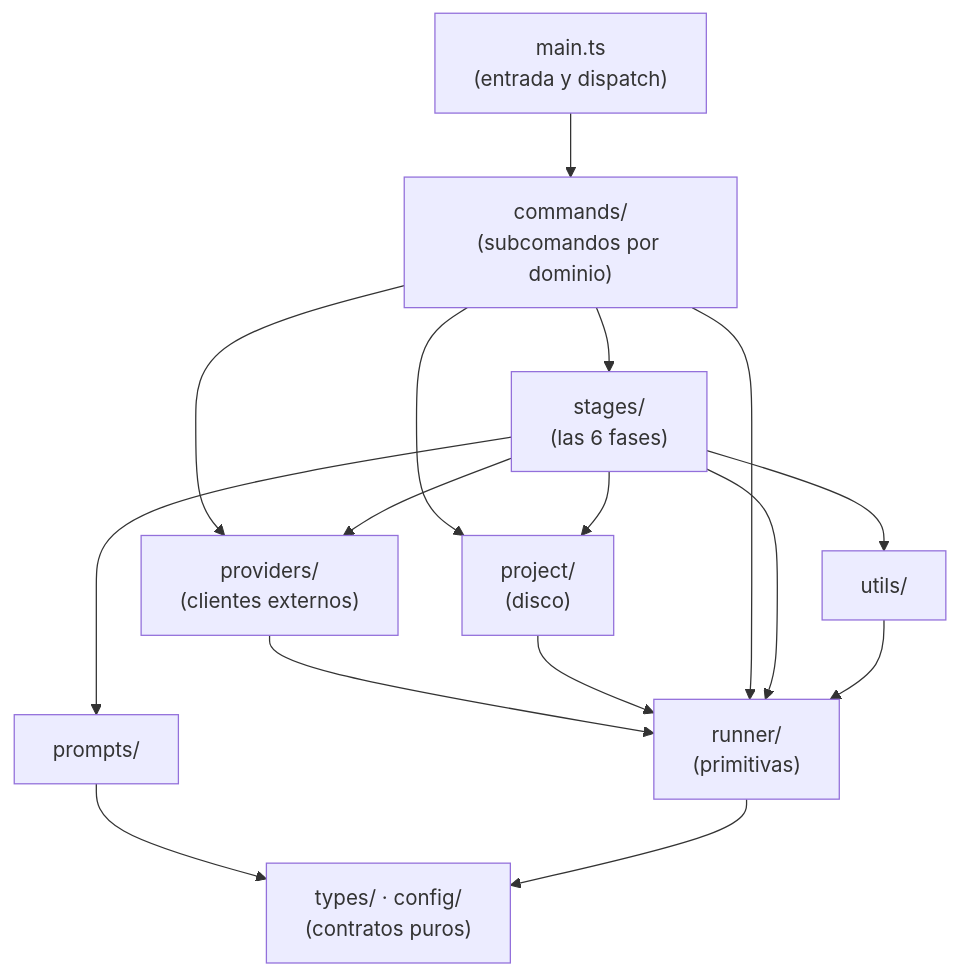
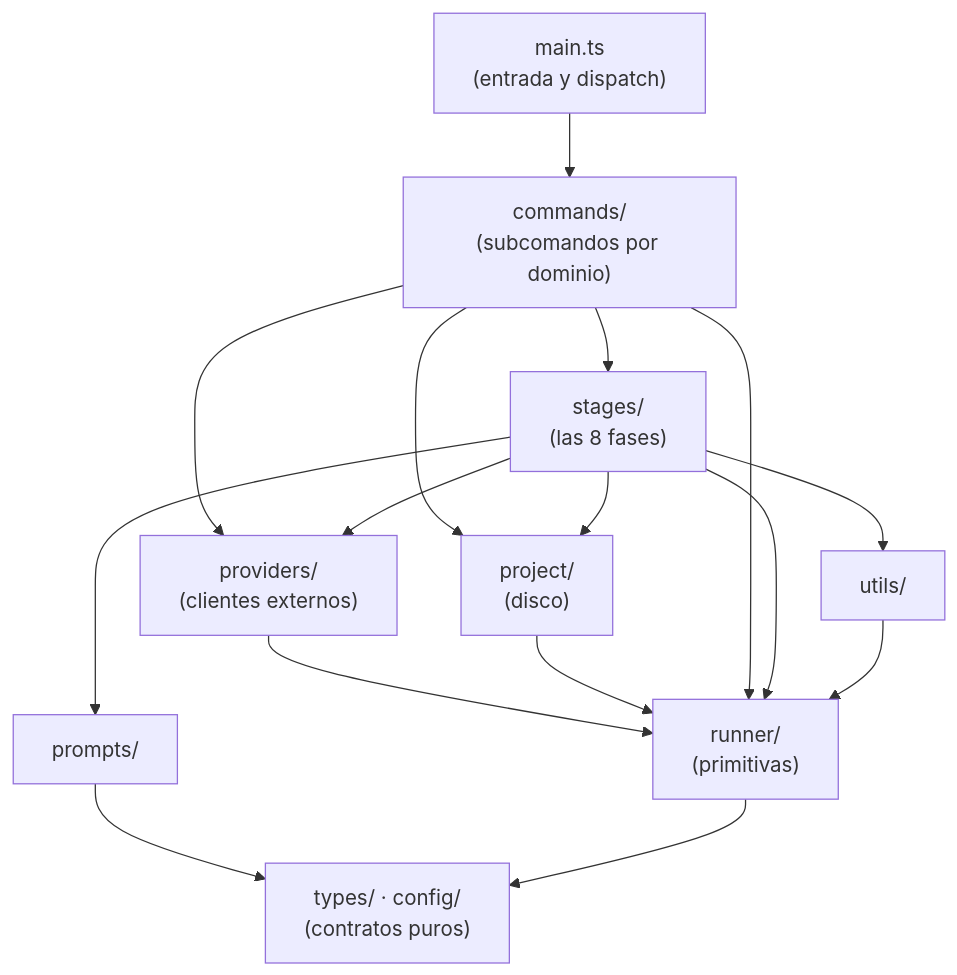
One commit to SCRIPZY-DEV/vimo changed the first of 6 diagrams in docs/diagrams/PIPELINE.md. Above: the diagram before and after it, drawn with Mermaid. The commit also changed other lines of this file and 59 other files, not shown here.

````diff
--- a/docs/diagrams/PIPELINE.md
+++ b/docs/diagrams/PIPELINE.md
@@ -53,15 +55,15 @@
 ```mermaid
 flowchart TD
   main["main.ts<br/>(entrada y dispatch)"] --> commands
   commands["commands/<br/>(subcomandos por dominio)"] --> stages
   commands --> project & providers
-  stages["stages/<br/>(las 6 fases)"] --> providers & project & prompts & utils
+  stages["stages/<br/>(las 8 fases)"] --> providers & project & prompts & utils
   providers["providers/<br/>(clientes externos)"] --> runner
   project["project/<br/>(disco)"] --> runner
   commands --> runner
   stages --> runner
   prompts["prompts/"] --> types
   utils["utils/"] --> runner
   runner["runner/<br/>(primitivas)"] --> types
   types["types/ · config/<br/>(contratos puros)"]
 ```
````
